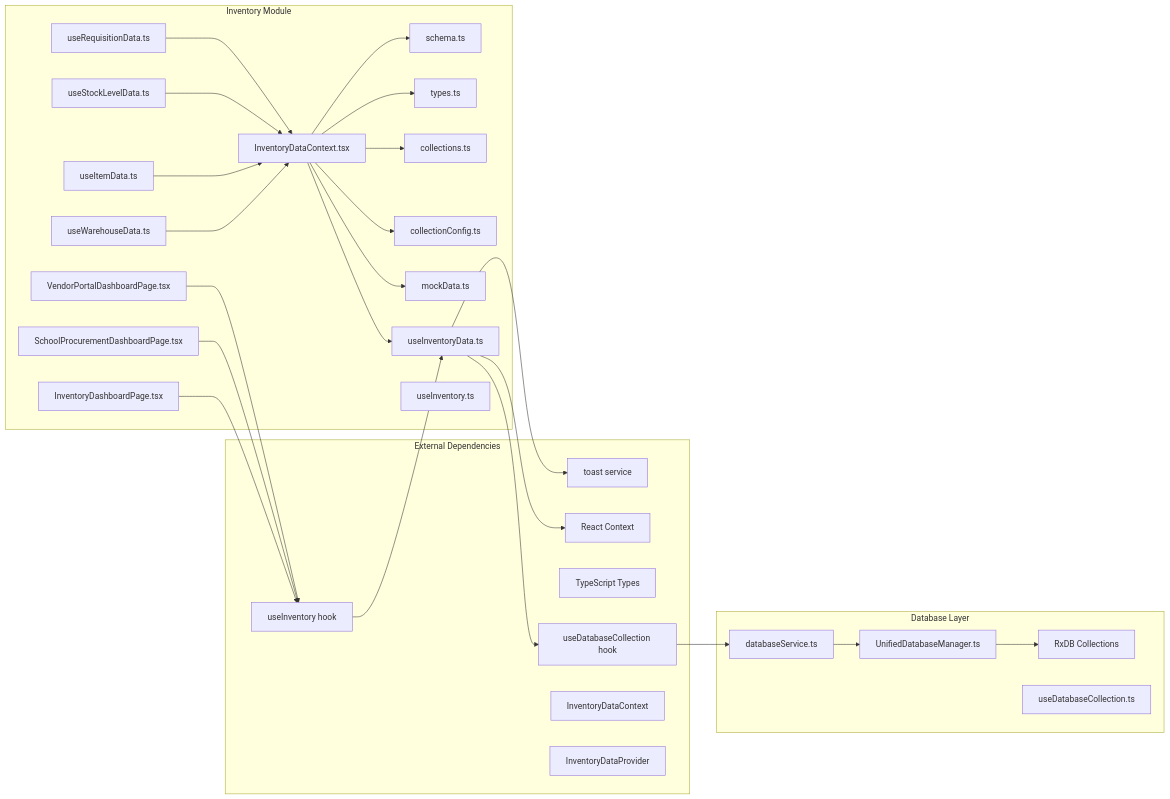
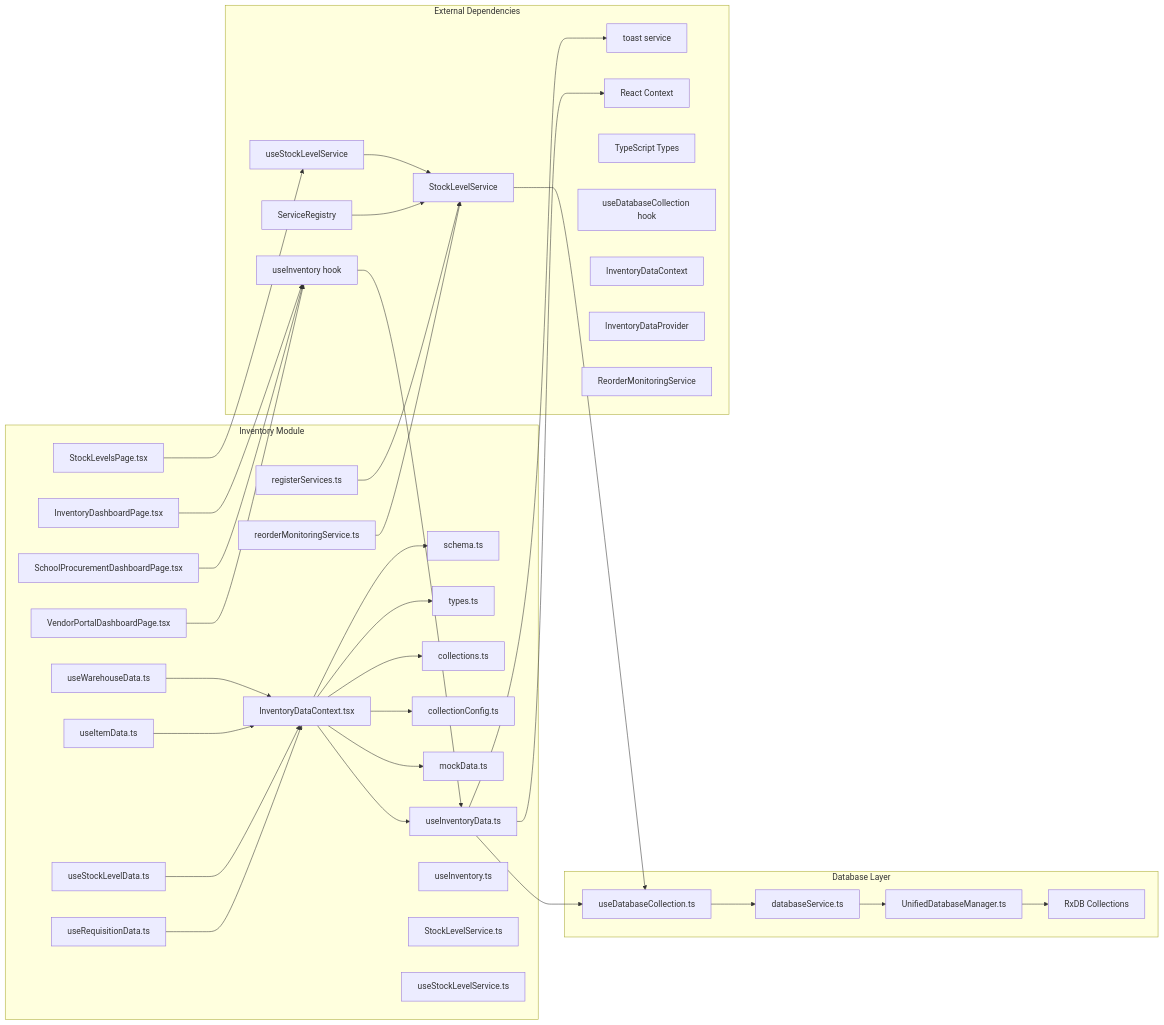
One commit to geniusdynamics/schoolpilot changed the ninth of 9 diagrams in .qoder/repowiki/en/content/Modules System/Inventory Module.md. Above: the diagram before and after it, drawn with Mermaid. The commit also changed other lines of this file and 21 other files, not shown here.

````diff
--- a/.qoder/repowiki/en/content/Modules System/Inventory Module.md
+++ b/.qoder/repowiki/en/content/Modules System/Inventory Module.md
@@ -795,55 +918,70 @@
 ```mermaid
 graph LR
 subgraph "Inventory Module"
 A[schema.ts]
 B[types.ts]
 C[collections.ts]
 D[collectionConfig.ts]
 E[InventoryDataContext.tsx]
 F[mockData.ts]
 G[useWarehouseData.ts]
 H[useItemData.ts]
 I[useStockLevelData.ts]
 J[useRequisitionData.ts]
 K[useInventoryData.ts]
 L[useInventory.ts]
 M[InventoryDashboardPage.tsx]
 N[SchoolProcurementDashboardPage.tsx]
 O[VendorPortalDashboardPage.tsx]
+P[StockLevelsPage.tsx]
+Q[StockLevelService.ts]
+R[useStockLevelService.ts]
+S[registerServices.ts]
+T[reorderMonitoringService.ts]
 end
 subgraph "Database Layer"
-P[databaseService.ts]
-Q[UnifiedDatabaseManager.ts]
-R[RxDB Collections]
-S[useDatabaseCollection.ts]
+U[databaseService.ts]
+V[UnifiedDatabaseManager.ts]
+W[RxDB Collections]
+X[useDatabaseCollection.ts]
 end
 subgraph "External Dependencies"
-T[toast service]
-U[React Context]
-V[TypeScript Types]
-W[useInventory hook]
-X[useDatabaseCollection hook]
-Y[InventoryDataContext]
-Z[InventoryDataProvider]
+Y[toast service]
+Z[React Context]
+AA[TypeScript Types]
+BB[useInventory hook]
+CC[useDatabaseCollection hook]
+DD[InventoryDataContext]
+EE[InventoryDataProvider]
+FF[StockLevelService]
+GG[useStockLevelService]
+HH[ServiceRegistry]
+II[ReorderMonitoringService]
 end
-M --> W
-N --> W
-O --> W
-W --> K
+M --> BB
+N --> BB
+O --> BB
+P --> GG
+BB --> K
+GG --> FF
+FF --> X
 K --> X
 E --> K
 E --> A
 E --> B
 E --> C
 E --> D
 E --> F
-X --> P
-P --> Q
-Q --> R
-K --> T
-K --> U
+X --> U
+U --> V
+V --> W
+K --> Y
+K --> Z
 G --> E
 H --> E
 I --> E
 J --> E
+S --> FF
+T --> FF
+HH --> FF
 ```
````
